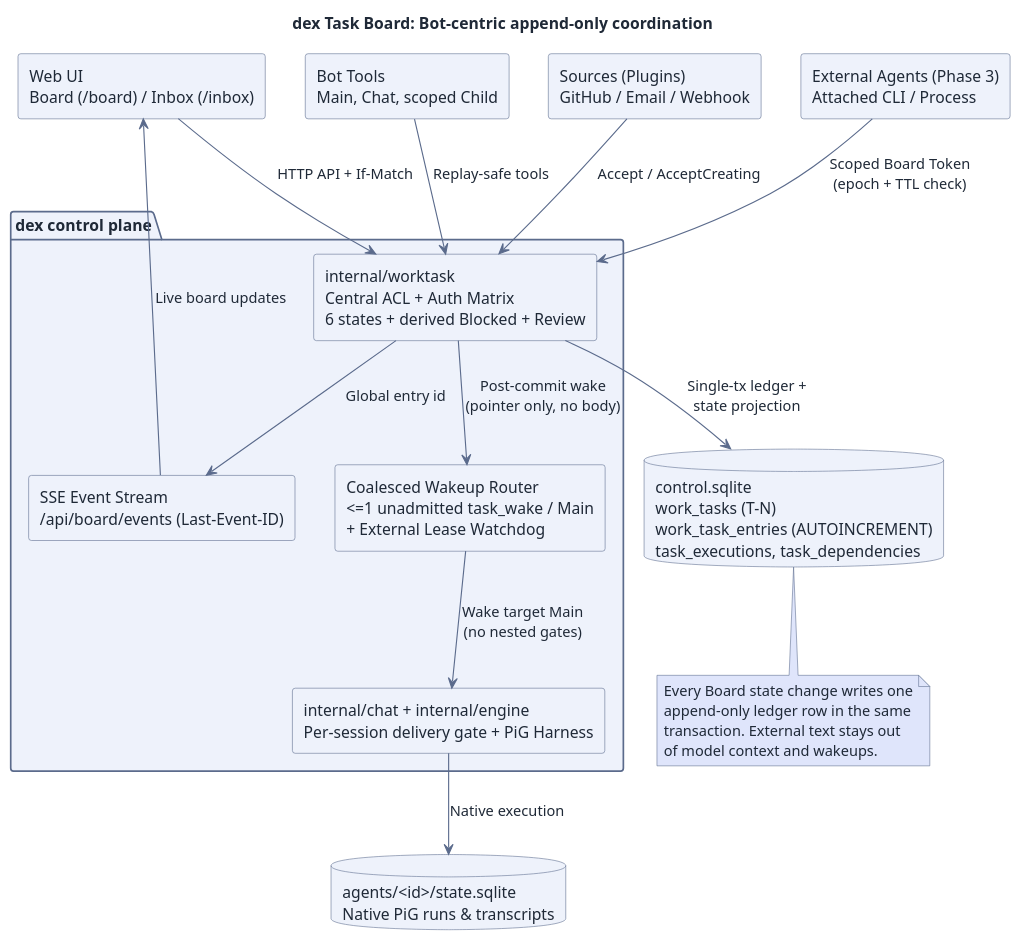
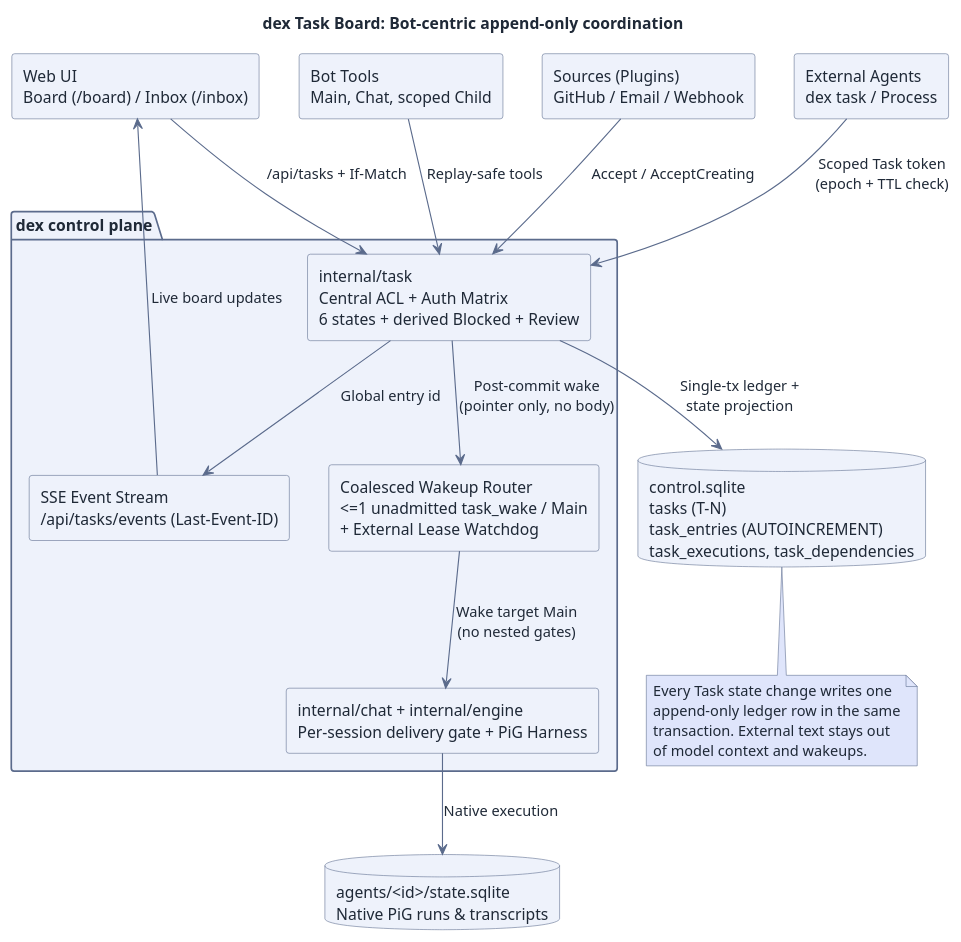
Before and after one commit to recally-io/dex: the diagram in docs/assets/src/task-board.puml, drawn with PlantUML. The commit also changed 246 other files, not shown here.

First line of the commit message:
treewide: Unify task naming across DB, Go, API, CLI and drop legacy compat layers (#350)

```diff
--- a/docs/assets/src/task-board.puml
+++ b/docs/assets/src/task-board.puml
@@ -1,82 +1,82 @@
 @startuml
 skinparam RectangleBackgroundColor #eef2fb
 skinparam RectangleBorderColor #5b6b8c
 skinparam RectangleFontColor #1f2937
 skinparam ComponentBackgroundColor #eef2fb
 skinparam ComponentBorderColor #5b6b8c
 skinparam ComponentFontColor #1f2937
 skinparam ClassBackgroundColor #eef2fb
 skinparam ClassBorderColor #5b6b8c
 skinparam ClassFontColor #1f2937
 skinparam UsecaseBackgroundColor #eef2fb
 skinparam UsecaseBorderColor #5b6b8c
 skinparam UsecaseFontColor #1f2937
 skinparam DatabaseBackgroundColor #eef2fb
 skinparam DatabaseBorderColor #5b6b8c
 skinparam DatabaseFontColor #1f2937
 skinparam NodeBackgroundColor #eef2fb
 skinparam NodeBorderColor #5b6b8c
 skinparam NodeFontColor #1f2937
 skinparam ActorBackgroundColor #eef2fb
 skinparam ActorBorderColor #5b6b8c
 skinparam ActorFontColor #1f2937
 skinparam StateBackgroundColor #eef2fb
 skinparam StateBorderColor #5b6b8c
 skinparam StateFontColor #1f2937
 skinparam ArtifactBackgroundColor #eef2fb
 skinparam ArtifactBorderColor #5b6b8c
 skinparam ArtifactFontColor #1f2937
 skinparam CloudBackgroundColor #eef2fb
 skinparam CloudBorderColor #5b6b8c
 skinparam CloudFontColor #1f2937
 skinparam FolderBackgroundColor #eef2fb
 skinparam FolderBorderColor #5b6b8c
 skinparam FolderFontColor #1f2937
 skinparam PackageBackgroundColor #eef2fb
 skinparam PackageBorderColor #5b6b8c
 skinparam DefaultFontColor #1f2937
 skinparam ArrowColor #5b6b8c
 skinparam ArrowFontColor #1f2937
 skinparam NoteBackgroundColor #dfe5fb
 skinparam NoteBorderColor #5b6b8c
 skinparam NoteFontColor #1f2937
 skinparam stereotypeABackgroundColor #d9e3f4
 skinparam stereotypeABorderColor #5b6b8c
 skinparam stereotypeCBackgroundColor #d9e3f4
 skinparam stereotypeCBorderColor #5b6b8c
 skinparam stereotypeEBackgroundColor #d9e3f4
 skinparam stereotypeEBorderColor #5b6b8c
 skinparam stereotypeIBackgroundColor #d9e3f4
 skinparam stereotypeIBorderColor #5b6b8c
 skinparam BackgroundColor #ffffff
 title dex Task Board: Bot-centric append-only coordination
 top to bottom direction
 rectangle "Web UI\nBoard (/board) / Inbox (/inbox)" as ui
 rectangle "Bot Tools\nMain, Chat, scoped Child" as tools
 rectangle "Sources (Plugins)\nGitHub / Email / Webhook" as plugins
-rectangle "External Agents (Phase 3)\nAttached CLI / Process" as ext
+rectangle "External Agents\ndex task / Process" as ext
 package "dex control plane" as ctrl {
-  rectangle "SSE Event Stream\n/api/board/events (Last-Event-ID)" as sse
-  rectangle "internal/worktask\nCentral ACL + Auth Matrix\n6 states + derived Blocked + Review" as core
+  rectangle "SSE Event Stream\n/api/tasks/events (Last-Event-ID)" as sse
+  rectangle "internal/task\nCentral ACL + Auth Matrix\n6 states + derived Blocked + Review" as core
   rectangle "Coalesced Wakeup Router\n<=1 unadmitted task_wake / Main\n+ External Lease Watchdog" as wake
   rectangle "internal/chat + internal/engine\nPer-session delivery gate + PiG Harness" as runtime
 }
-database "control.sqlite\nwork_tasks (T-N)\nwork_task_entries (AUTOINCREMENT)\ntask_executions, task_dependencies" as cdb
+database "control.sqlite\ntasks (T-N)\ntask_entries (AUTOINCREMENT)\ntask_executions, task_dependencies" as cdb
 database "agents/<id>/state.sqlite\nNative PiG runs & transcripts" as adb
-ui --> core : HTTP API + If-Match
+ui --> core : /api/tasks + If-Match
 ui <-- sse : Live board updates
 tools --> core : Replay-safe tools
 plugins --> core : Accept / AcceptCreating
-ext --> core : Scoped Board Token\n(epoch + TTL check)
+ext --> core : Scoped Task token\n(epoch + TTL check)
 core --> cdb : Single-tx ledger +\nstate projection
 core --> sse : Global entry id
 core --> wake : Post-commit wake\n(pointer only, no body)
 wake --> runtime : Wake target Main\n(no nested gates)
 runtime --> adb : Native execution
 note bottom of cdb
-  Every Board state change writes one
+  Every Task state change writes one
   append-only ledger row in the same
   transaction. External text stays out
   of model context and wakeups.
 end note
 @enduml
```
